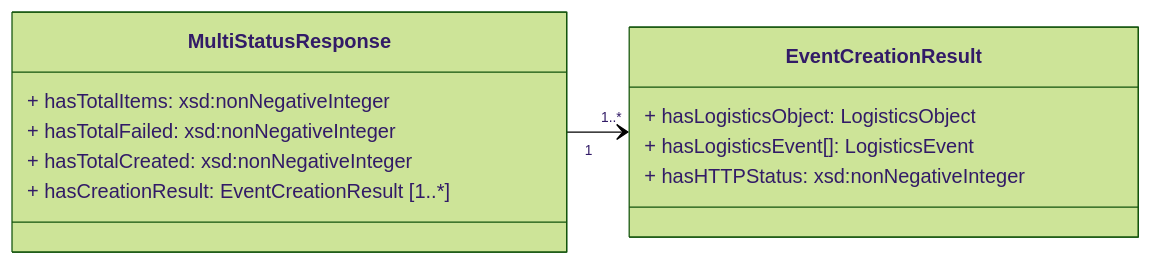
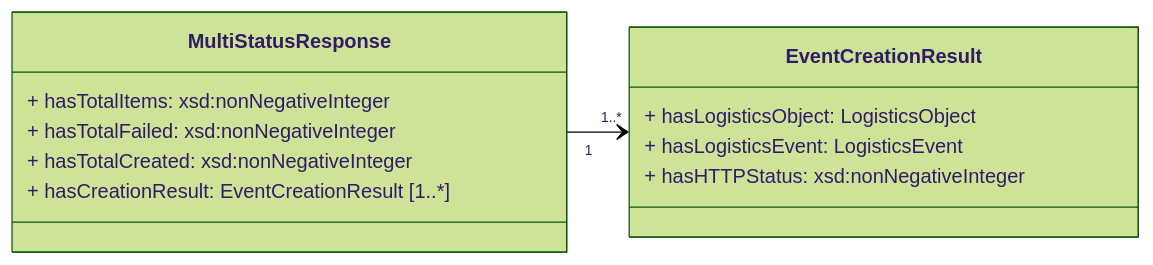
Before and after one commit to IATA-Cargo/ONE-Record: the second of 3 diagrams in Documentation_website/docs/API-Security/logistics-events.md, drawn with Mermaid (forest theme). The commit also changed 1 other file, not shown here.

Commit message:
fix bug in diagram

````diff
--- a/Documentation_website/docs/API-Security/logistics-events.md
+++ b/Documentation_website/docs/API-Security/logistics-events.md
@@ -237,20 +237,20 @@
 ```mermaid
     classDiagram
 
     direction LR    
     
     class MultiStatusResponse{
         + hasTotalItems: xsd:nonNegativeInteger  
         + hasTotalFailed: xsd:nonNegativeInteger 
         + hasTotalCreated: xsd:nonNegativeInteger 
         + hasCreationResult: EventCreationResult [1..*]
     }
 
     class EventCreationResult{
         + hasLogisticsObject: LogisticsObject
-        + hasLogisticsEvent[]: LogisticsEvent 
+        + hasLogisticsEvent: LogisticsEvent 
         + hasHTTPStatus: xsd:nonNegativeInteger
     }
 
     MultiStatusResponse "1" --> "1..*" EventCreationResult
 ```
````
